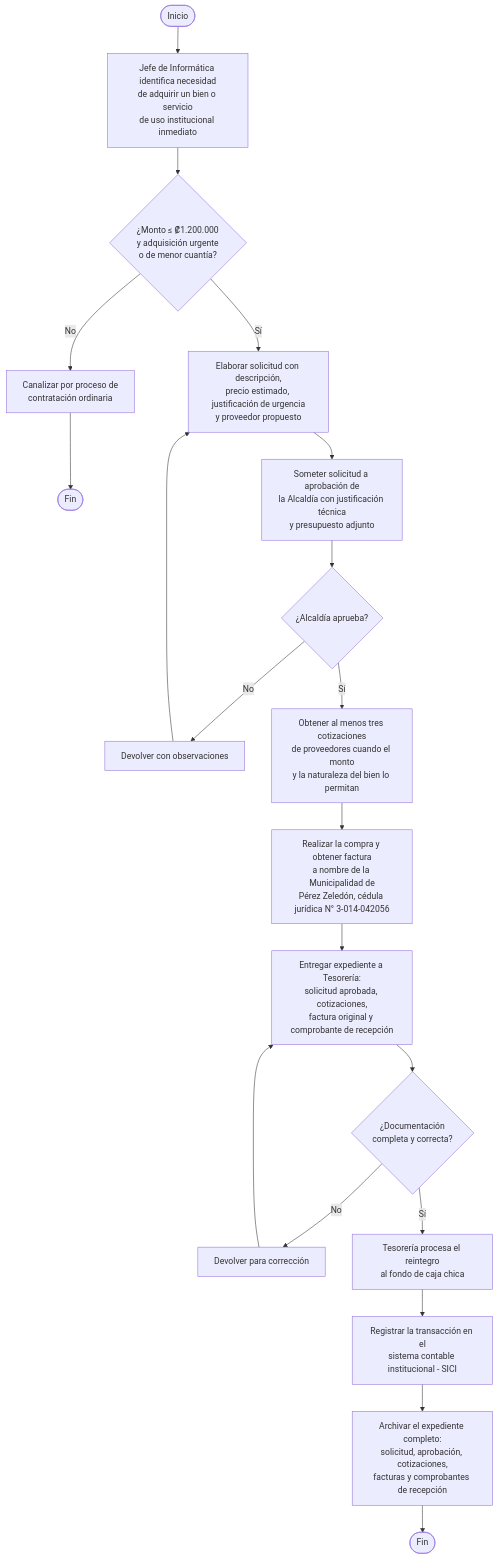
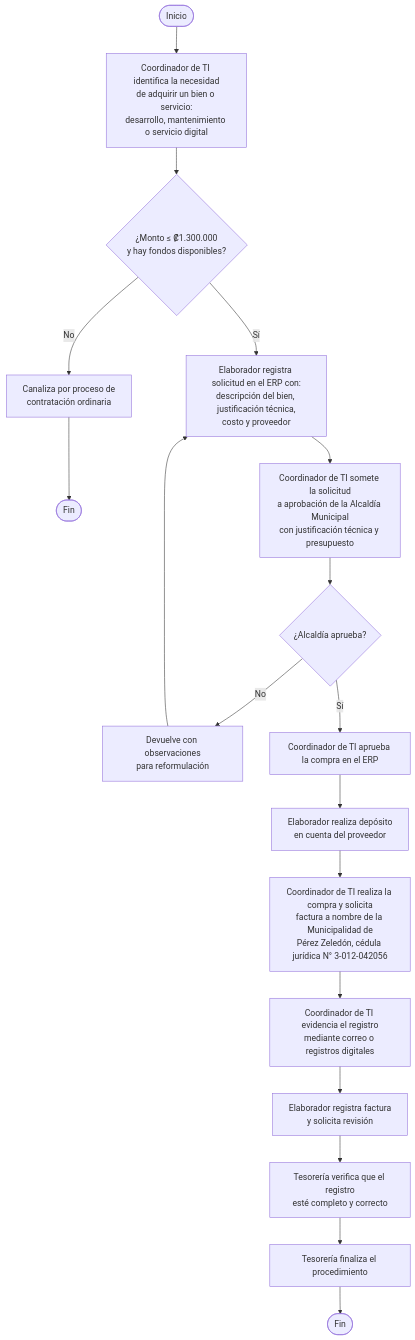
One commit to InformaticaMPZ/EsquemaDeProcedimientosMPZ changed the diagram in compra_de_bienes_y_servicios_mediante_caja_chica.md. Above: the diagram before and after it, drawn with Mermaid. The commit also changed 13 other files, not shown here.

Commit message:
fix: diagrams

````diff
--- a/compra_de_bienes_y_servicios_mediante_caja_chica.md
+++ b/compra_de_bienes_y_servicios_mediante_caja_chica.md
@@ -1,37 +1,34 @@
 ```mermaid
 flowchart TD
-    A([Inicio]) --> B[Jefe de Informática identifica necesidad<br/>de adquirir un bien o servicio<br/>de uso institucional inmediato]
+    A([Inicio]) --> B[Coordinador de TI identifica la necesidad<br/>de adquirir un bien o servicio:<br/>desarrollo, mantenimiento o servicio digital]
 
-    B --> C{¿Monto ≤ ₡1.200.000<br/>y adquisición urgente<br/>o de menor cuantía?}
+    B --> C{¿Monto ≤ ₡1.300.000<br/>y hay fondos disponibles?}
 
-    C -- No --> D[Canalizar por proceso de<br/>contratación ordinaria]
+    C -- No --> D[Canaliza por proceso de<br/>contratación ordinaria]
     D --> FIN1([Fin])
 
-    C -- Sí --> E[Elaborar solicitud con descripción,<br/>precio estimado, justificación de urgencia<br/>y proveedor propuesto]
+    C -- Sí --> E[Elaborador registra solicitud en el ERP con:<br/>descripción del bien, justificación técnica,<br/>costo y proveedor]
 
-    E --> F[Someter solicitud a aprobación de<br/>la Alcaldía con justificación técnica<br/>y presupuesto adjunto]
+    E --> F[Coordinador de TI somete la solicitud<br/>a aprobación de la Alcaldía Municipal<br/>con justificación técnica y presupuesto]
 
     F --> G{¿Alcaldía aprueba?}
 
-    G -- No --> H[Devolver con observaciones]
+    G -- No --> H[Devuelve con observaciones<br/>para reformulación]
     H --> E
 
-    G -- Sí --> I[Obtener al menos tres cotizaciones<br/>de proveedores cuando el monto<br/>y la naturaleza del bien lo permitan]
+    G -- Sí --> I[Coordinador de TI aprueba la compra en el ERP]
 
-    I --> J[Realizar la compra y obtener factura<br/>a nombre de la Municipalidad de<br/>Pérez Zeledón, cédula jurídica N° 3-014-042056]
+    I --> J[Elaborador realiza depósito<br/>en cuenta del proveedor]
 
-    J --> K[Entregar expediente a Tesorería:<br/>solicitud aprobada, cotizaciones,<br/>factura original y comprobante de recepción]
+    J --> K[Coordinador de TI realiza la compra y solicita<br/>factura a nombre de la Municipalidad de<br/>Pérez Zeledón, cédula jurídica N° 3-012-042056]
 
-    K --> L{¿Documentación<br/>completa y correcta?}
+    K --> L[Coordinador de TI evidencia el registro<br/>mediante correo o registros digitales]
 
-    L -- No --> M[Devolver para corrección]
-    M --> K
+    L --> M[Elaborador registra factura<br/>y solicita revisión]
 
-    L -- Sí --> N[Tesorería procesa el reintegro<br/>al fondo de caja chica]
+    M --> N[Tesorería verifica que el registro<br/>esté completo y correcto]
 
-    N --> O[Registrar la transacción en el<br/>sistema contable institucional - SICI]
+    N --> O[Tesorería finaliza el procedimiento]
 
-    O --> P[Archivar el expediente completo:<br/>solicitud, aprobación, cotizaciones,<br/>facturas y comprobantes de recepción]
-
-    P --> FIN2([Fin])
+    O --> FIN2([Fin])
 ```
````
